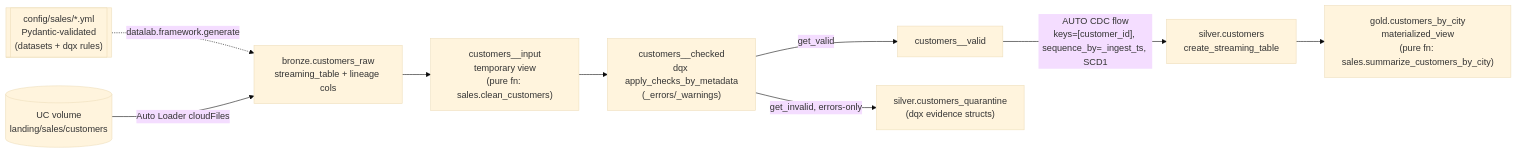
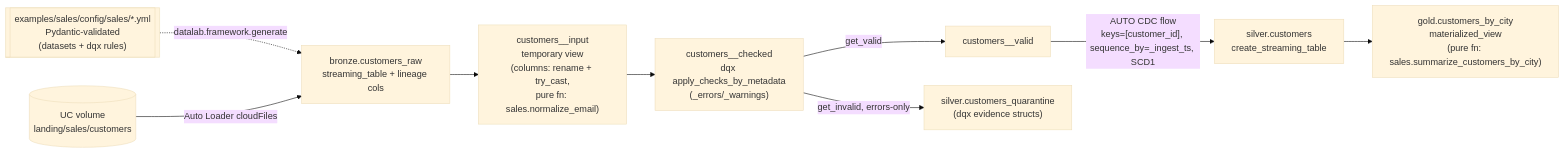
Before and after one commit to Vegash09/Demo_Lab: the third of 3 diagrams in docs/ARCHITECTURE.md, drawn with Mermaid (base theme). The commit also changed other lines of this file and 12 other files, not shown here.

````diff
--- a/docs/ARCHITECTURE.md
+++ b/docs/ARCHITECTURE.md
@@ -43,11 +43,11 @@
 ```mermaid
 flowchart LR
-    YML[["config/sales/*.yml\nPydantic-validated\n(datasets + dqx rules)"]] -.->|datalab.framework.generate| BR
+    YML[["examples/sales/config/sales/*.yml\nPydantic-validated\n(datasets + dqx rules)"]] -.->|datalab.framework.generate| BR
     LAND[("UC volume\nlanding/sales/customers")] -->|Auto Loader cloudFiles| BR["bronze.customers_raw\nstreaming_table + lineage cols"]
-    BR --> IN["customers__input\ntemporary view\n(pure fn: sales.clean_customers)"]
+    BR --> IN["customers__input\ntemporary view\n(columns: rename + try_cast,\npure fn: sales.normalize_email)"]
     IN --> CHK["customers__checked\ndqx apply_checks_by_metadata\n(_errors/_warnings)"]
     CHK -->|get_valid| VAL["customers__valid"]
     CHK -->|get_invalid, errors-only| QUAR["silver.customers_quarantine\n(dqx evidence structs)"]
     VAL -->|"AUTO CDC flow\nkeys=[customer_id], sequence_by=_ingest_ts, SCD1"| SIL["silver.customers\ncreate_streaming_table"]
     SIL --> GOLD["gold.customers_by_city\nmaterialized_view\n(pure fn: sales.summarize_customers_by_city)"]
 ```
````
